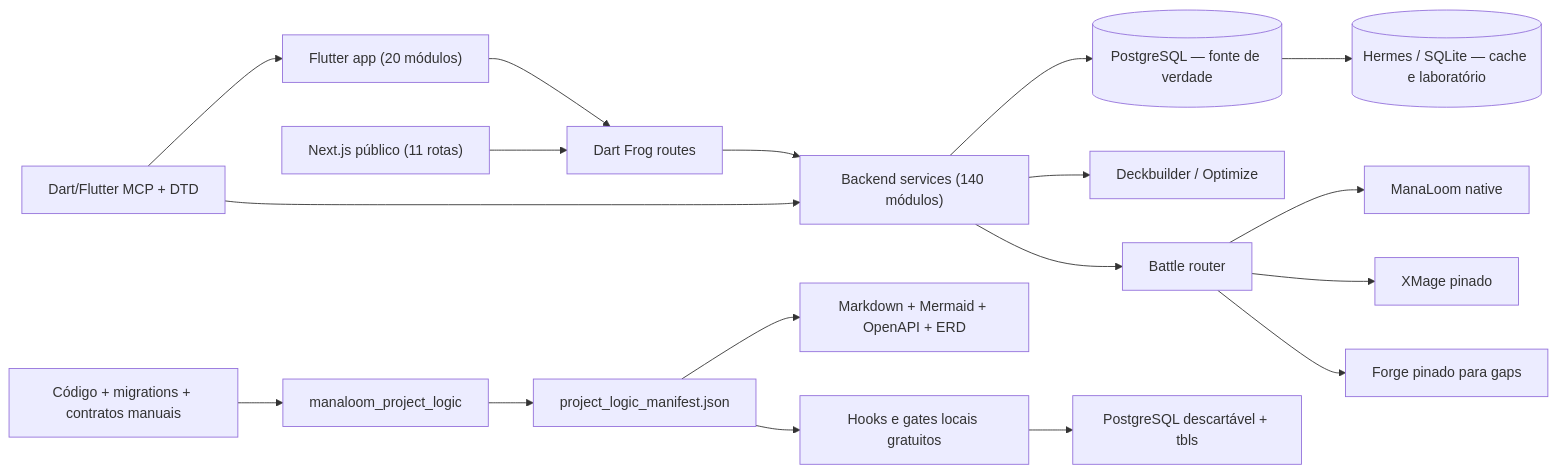
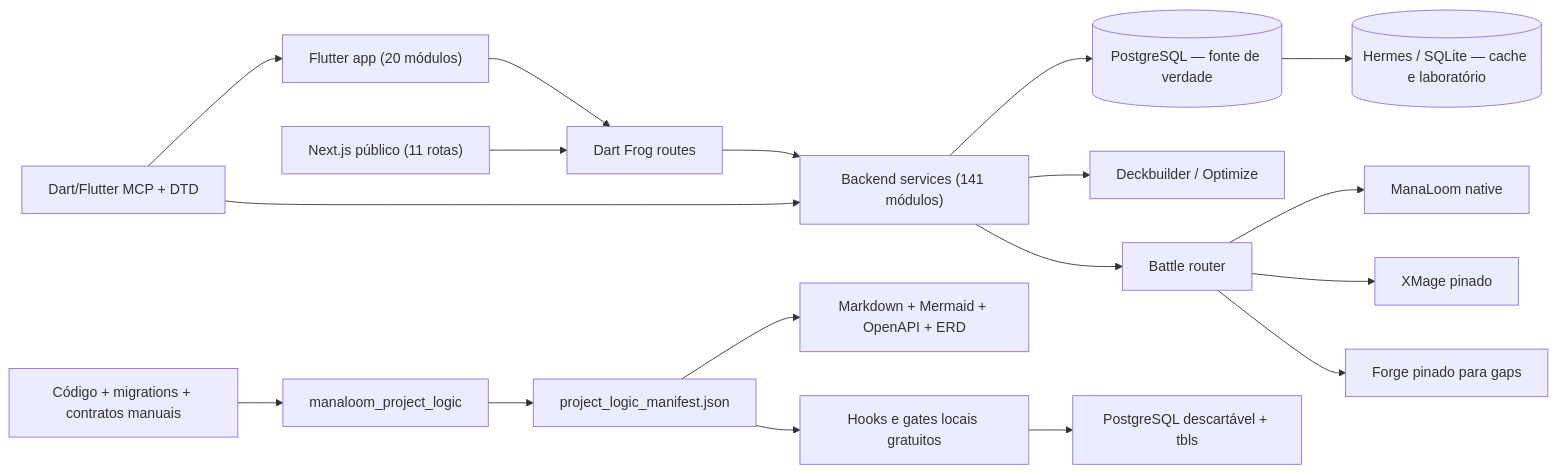
The diagram in docs/generated/ARCHITECTURE.md (softwarePredador/mtgia), drawn with Mermaid before and after one commit. The commit also changed 25 other files, not shown here.

````diff
--- a/docs/generated/ARCHITECTURE.md
+++ b/docs/generated/ARCHITECTURE.md
@@ -5,20 +5,20 @@
 ```mermaid
 flowchart LR
     UI["Flutter app (20 módulos)"] --> API["Dart Frog routes"]
     WEB["Next.js público (11 rotas)"] --> API
-    API --> DOMAIN["Backend services (140 módulos)"]
+    API --> DOMAIN["Backend services (141 módulos)"]
     DOMAIN --> PG[("PostgreSQL — fonte de verdade")]
     DOMAIN --> AI["Deckbuilder / Optimize"]
     DOMAIN --> BATTLE["Battle router"]
     BATTLE --> NATIVE["ManaLoom native"]
     BATTLE --> XMAGE["XMage pinado"]
     BATTLE --> FORGE["Forge pinado para gaps"]
     PG --> HERMES[("Hermes / SQLite — cache e laboratório")]
     SRC["Código + migrations + contratos manuais"] --> GEN["manaloom_project_logic"]
     GEN --> MANIFEST["project_logic_manifest.json"]
     MANIFEST --> DOCS["Markdown + Mermaid + OpenAPI + ERD"]
     MANIFEST --> LOCAL["Hooks e gates locais gratuitos"]
     LOCAL --> TBLS["PostgreSQL descartável + tbls"]
     MCP["Dart/Flutter MCP + DTD"] --> UI
     MCP --> DOMAIN
 ```
````
